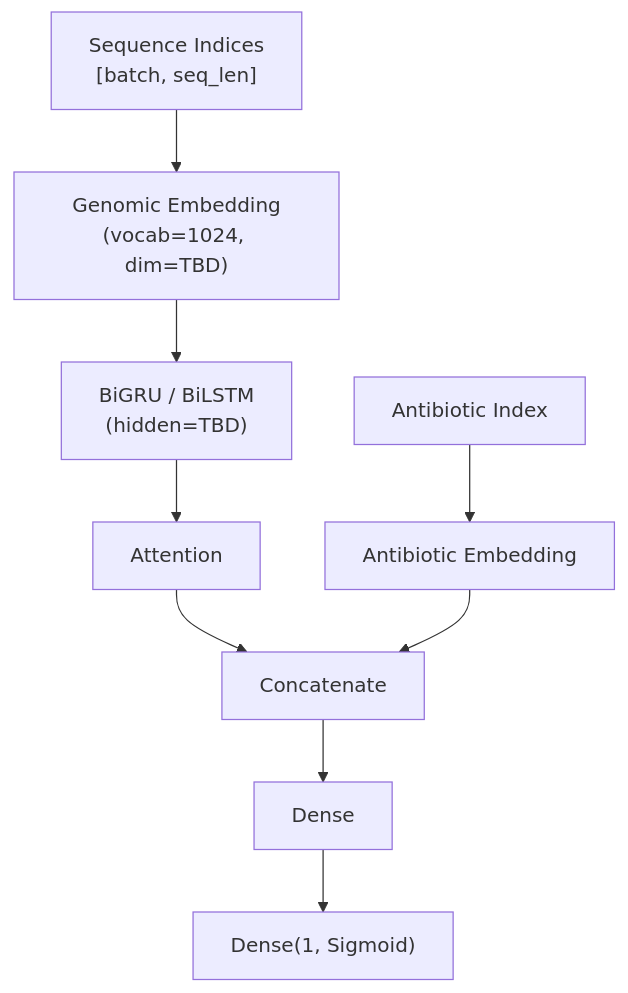
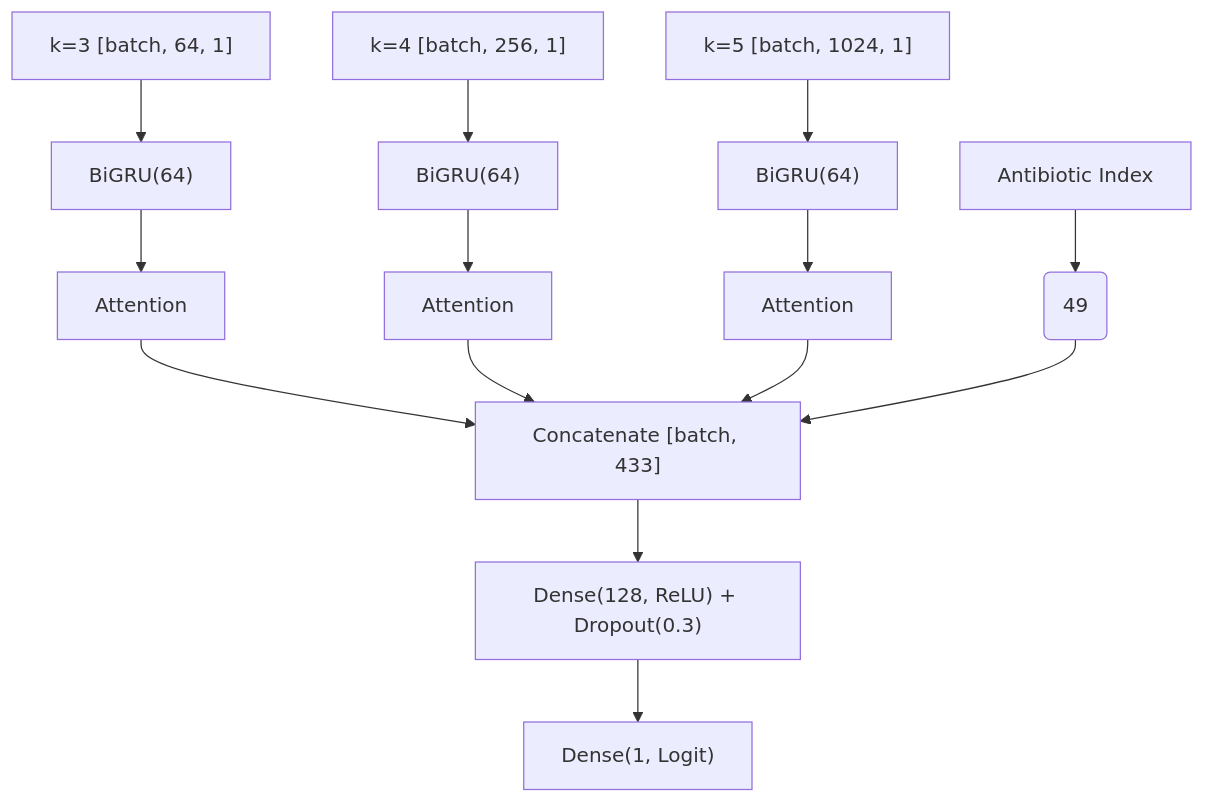
One commit to sebastianrodriguez1115/neural-networks-project changed the third of 4 diagrams in docs/4_models.md. Above: the diagram before and after it, drawn with Mermaid. The commit also changed other lines of this file and 79 other files, not shown here.

First line of the commit message:
feat: implement and optimize Token BiGRU architecture (Phase 5)

````diff
--- a/docs/4_models.md
+++ b/docs/4_models.md
@@ -106,21 +148,25 @@
 ```mermaid
 graph TD
-    GIn["Sequence Indices<br/>[batch, seq_len]"]
-    AIn["Antibiotic Index"]
-    EmbA["Antibiotic Embedding"]
-    EmbG["Genomic Embedding<br/>(vocab=1024, dim=TBD)"]
-    RNN["BiGRU / BiLSTM<br/>(hidden=TBD)"]
-    Att["Attention"]
-    Cat["Concatenate"]
-    L1["Dense"]
-    L2["Dense(1, Sigmoid)"]
+K3["k=3 [batch, 64, 1]"]
+K4["k=4 [batch, 256, 1]"]
+K5["k=5 [batch, 1024, 1]"]
+AB["Antibiotic Index"]
 
-    GIn --> EmbG
-    EmbG --> RNN
-    RNN --> Att
-    Att --> Cat
-    AIn --> EmbA
-    EmbA --> Cat
-    Cat --> L1
-    L1 --> L2
+G3["BiGRU(64)"]
+G4["BiGRU(64)"]
+G5["BiGRU(64)"]
+
+A3["Attention"]
+A4["Attention"]
+A5["Attention"]
+
+Cat["Concatenate [batch, 433]"]
+L1["Dense(128, ReLU) + Dropout(0.3)"]
+L2["Dense(1, Logit)"]
+
+K3 --> G3 --> A3 --> Cat
+K4 --> G4 --> A4 --> Cat
+K5 --> G5 --> A5 --> Cat
+AB --> Emb(49) --> Cat
+Cat --> L1 --> L2
 ```
````
